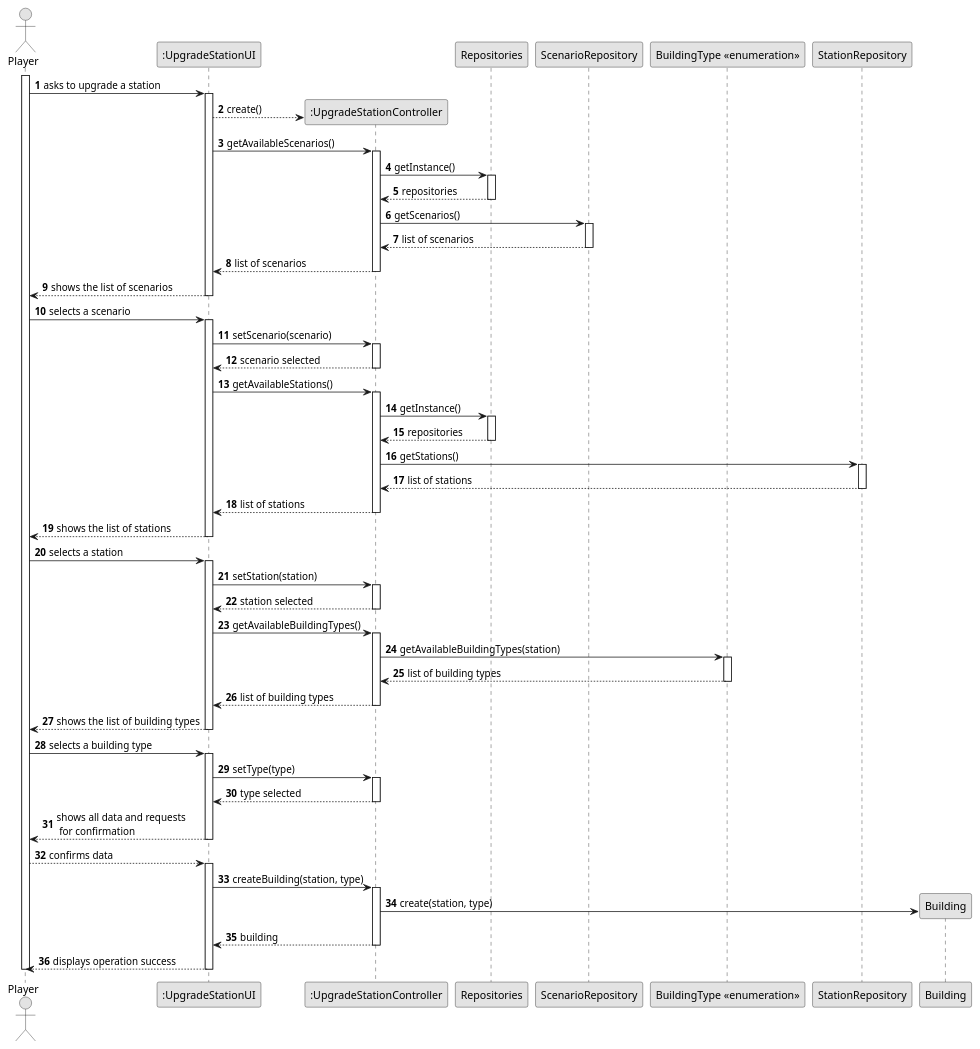
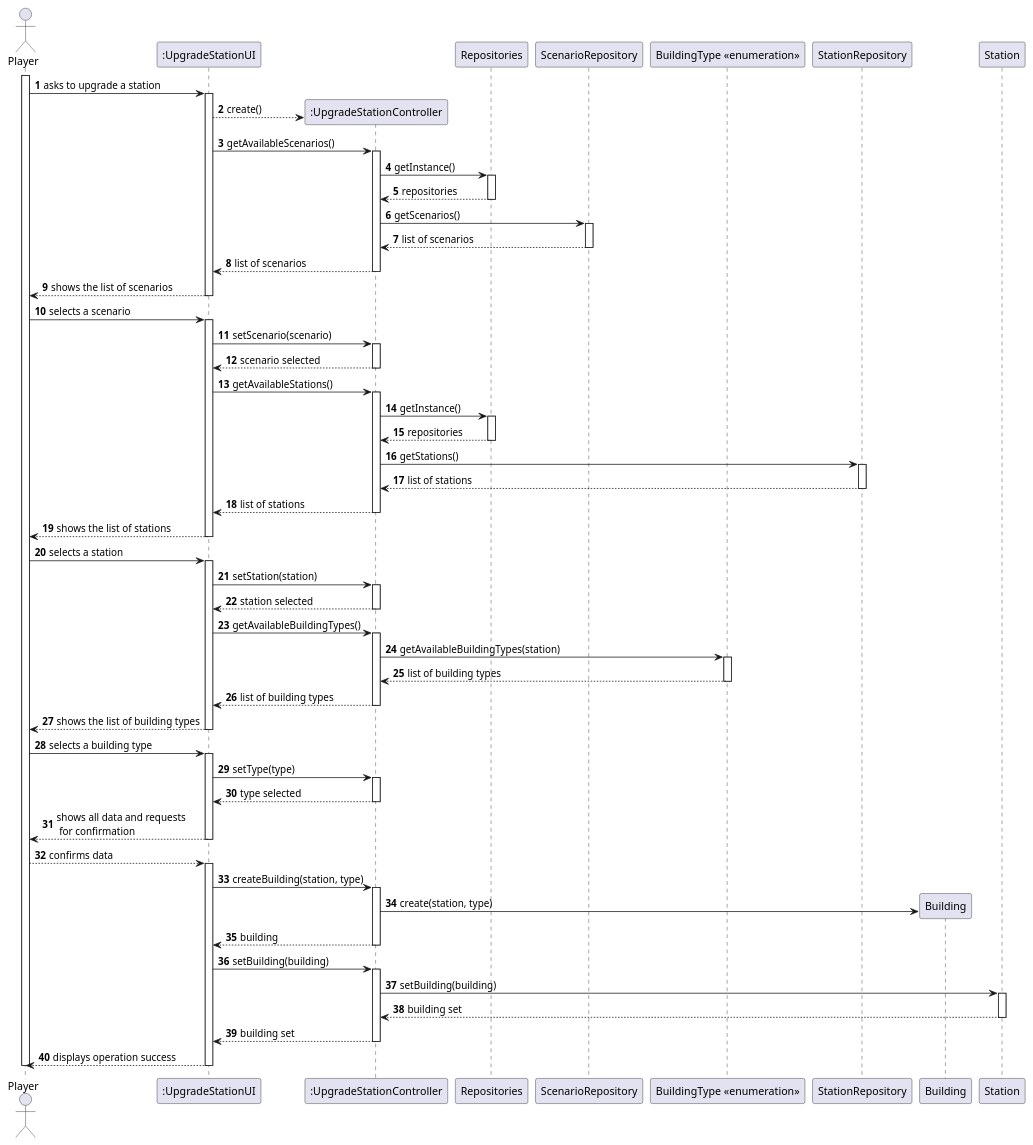
One commit to 1240935/pi2-railway-simulator changed the diagram in Sprint2/US006/03.design/puml/US006-SD-full.puml. Above: the diagram before and after it, drawn with PlantUML. The commit also changed 13 other files, not shown here.

```diff
--- a/Sprint2/US006/03.design/puml/US006-SD-full.puml
+++ b/Sprint2/US006/03.design/puml/US006-SD-full.puml
@@ -1,134 +1,144 @@
 @startuml
-skinparam monochrome true
+'skinparam monochrome true
 skinparam packageStyle rectangle
 skinparam shadowing false
 
 autonumber
 
  actor "Player" as PLAYER
     participant ":UpgradeStationUI" as UI
     participant ":UpgradeStationController" as CTRL
     participant "Repositories" as REPOS
     participant "ScenarioRepository" as SREPOS
     participant "BuildingType <<enumeration>>" as BTYPE
     participant "StationRepository" as STREPOS
     participant "Building" as BUILDING
+    participant "Station" as STATION
 
     activate PLAYER
 
     PLAYER -> UI : asks to upgrade a station
     activate UI
 
     UI --> CTRL** : create()
 
     UI -> CTRL : getAvailableScenarios()
     activate CTRL
 
     CTRL -> REPOS : getInstance()
     activate REPOS
 
     REPOS --> CTRL: repositories
 
     deactivate REPOS
 
     CTRL -> SREPOS : getScenarios()
     activate SREPOS
 
     SREPOS --> CTRL : list of scenarios
 
     deactivate SREPOS
     CTRL --> UI : list of scenarios
     deactivate CTRL
 
     UI --> PLAYER : shows the list of scenarios
     deactivate UI
 
     PLAYER -> UI : selects a scenario
     activate UI
 
     UI -> CTRL :setScenario(scenario)
 
     activate CTRL
 
     CTRL --> UI : scenario selected
 
     deactivate CTRL
 
 
         UI -> CTRL : getAvailableStations()
         activate CTRL
 
         CTRL -> REPOS : getInstance()
         activate REPOS
 
         REPOS --> CTRL: repositories
 
         deactivate REPOS
 
         CTRL -> STREPOS : getStations()
         activate STREPOS
 
         STREPOS --> CTRL : list of stations
 
         deactivate STREPOS
         CTRL --> UI : list of stations
         deactivate CTRL
 
         UI --> PLAYER : shows the list of stations
         deactivate UI
 
         PLAYER -> UI : selects a station
         activate UI
 
         UI -> CTRL :setStation(station)
 
         activate CTRL
 
         CTRL --> UI : station selected
 
         deactivate CTRL
 
         UI -> CTRL : getAvailableBuildingTypes()
                 activate CTRL
 
                 CTRL -> BTYPE : getAvailableBuildingTypes(station)
                 activate BTYPE
 
                 BTYPE --> CTRL : list of building types
 
                 deactivate BTYPE
                 CTRL --> UI : list of building types
                 deactivate CTRL
 
                 UI --> PLAYER : shows the list of building types
                 deactivate UI
 
                 PLAYER -> UI : selects a building type
                 activate UI
 
                 UI -> CTRL :setType(type)
 
                 activate CTRL
 
                 CTRL --> UI : type selected
 
                 deactivate CTRL
 
     UI --> PLAYER: shows all data and requests \n for confirmation
     deactivate  UI
 
     PLAYER --> UI: confirms data
     activate UI
 
     UI -> CTRL : createBuilding(station, type)
     activate CTRL
 
     CTRL -> BUILDING** : create(station, type)
 
     CTRL --> UI : building
     deactivate CTRL
 
+    UI -> CTRL: setBuilding(building)
+    activate CTRL
+    CTRL -> STATION : setBuilding(building)
+    activate STATION
+    STATION --> CTRL: building set
+    deactivate STATION
+    CTRL --> UI: building set
+    deactivate CTRL
+
     UI --> PLAYER : displays operation success
     deactivate UI
     deactivate PLAYER
 @enduml
```
